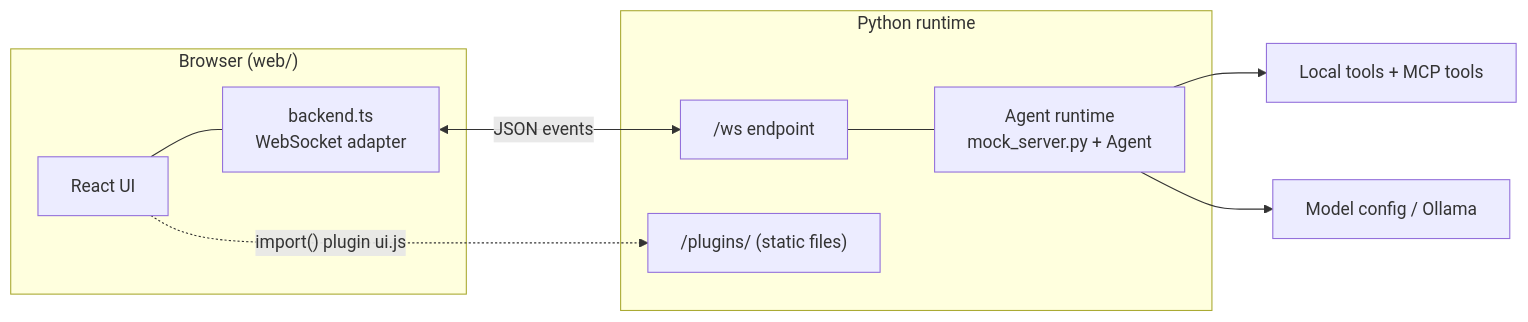
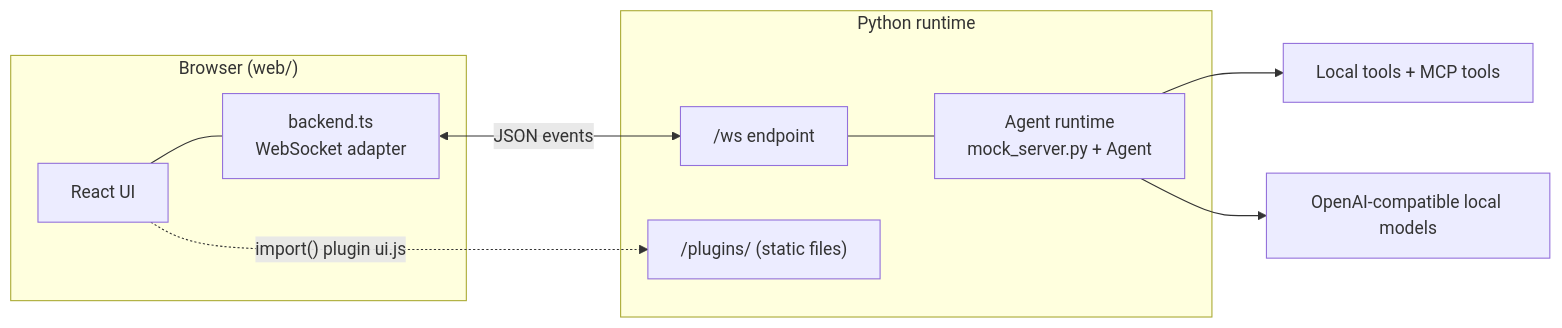
The first of 2 diagrams in docs/Architecture/Front end.md (LS-Stray-Synapses/Axol), drawn with Mermaid before and after one commit. The commit also changed other lines of this file and 8 other files, not shown here.

Commit message:
- Reverse to OpenAI api to use llama.cpp for local models - Added reasoning(thinking) mechanism to work with llama.cpp and ollama - Updated docs

````diff
--- a/docs/Architecture/Front end.md
+++ b/docs/Architecture/Front end.md
@@ -16,14 +16,14 @@
 ```mermaid
 flowchart LR
     subgraph Browser["Browser (web/)"]
         UI[React UI] --- B[backend.ts<br/>WebSocket adapter]
     end
     subgraph Server["Python runtime"]
         WS["/ws endpoint"] --- H[Agent runtime<br/>mock_server.py + Agent]
         P["/plugins/ (static files)"]
     end
     B <-- "JSON events" --> WS
     UI -. "import() plugin ui.js" .-> P
     H --> Tools[Local tools + MCP tools]
-    H --> Models[Model config / Ollama]
+    H --> Models[OpenAI-compatible local models]
 ```
````
